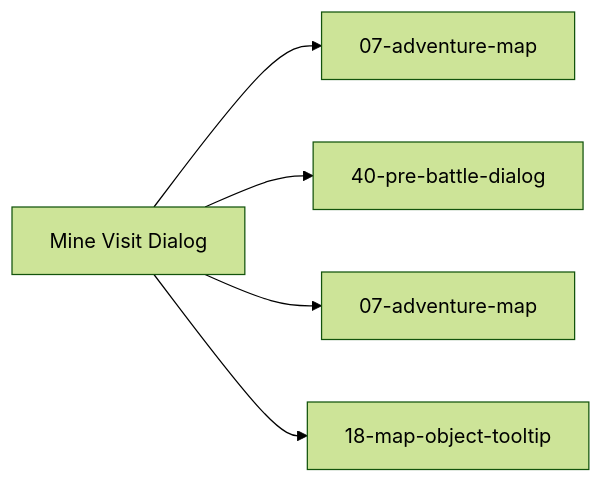
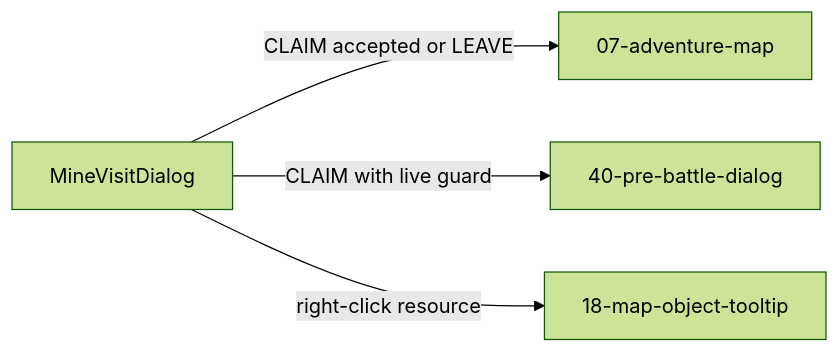
One commit to SunaNoOshiro/Heroes_Reforged_AI_Realms changed the fifth of 5 diagrams in docs/architecture/wiki/screens/20-mine-visit-dialog/architecture.md. Above: the diagram before and after it, drawn with Mermaid (forest theme). The commit also changed other lines of this file and 518 other files, not shown here.

First line of the commit message:
Add doc-audit skill and sweep architecture/screen docs

````diff
--- a/docs/architecture/wiki/screens/20-mine-visit-dialog/architecture.md
+++ b/docs/architecture/wiki/screens/20-mine-visit-dialog/architecture.md
@@ -68,8 +69,7 @@
 ```mermaid
 flowchart LR
-  Current["Mine Visit Dialog"]
-  Current --> T0["07-adventure-map"]
-  Current --> T1["40-pre-battle-dialog"]
-  Current --> T2["07-adventure-map"]
-  Current --> T3["18-map-object-tooltip"]
+  Current["MineVisitDialog"]
+  Current -->|CLAIM accepted or LEAVE| T0["07-adventure-map"]
+  Current -->|CLAIM with live guard| T1["40-pre-battle-dialog"]
+  Current -->|right-click resource| T2["18-map-object-tooltip"]
 ```
````
